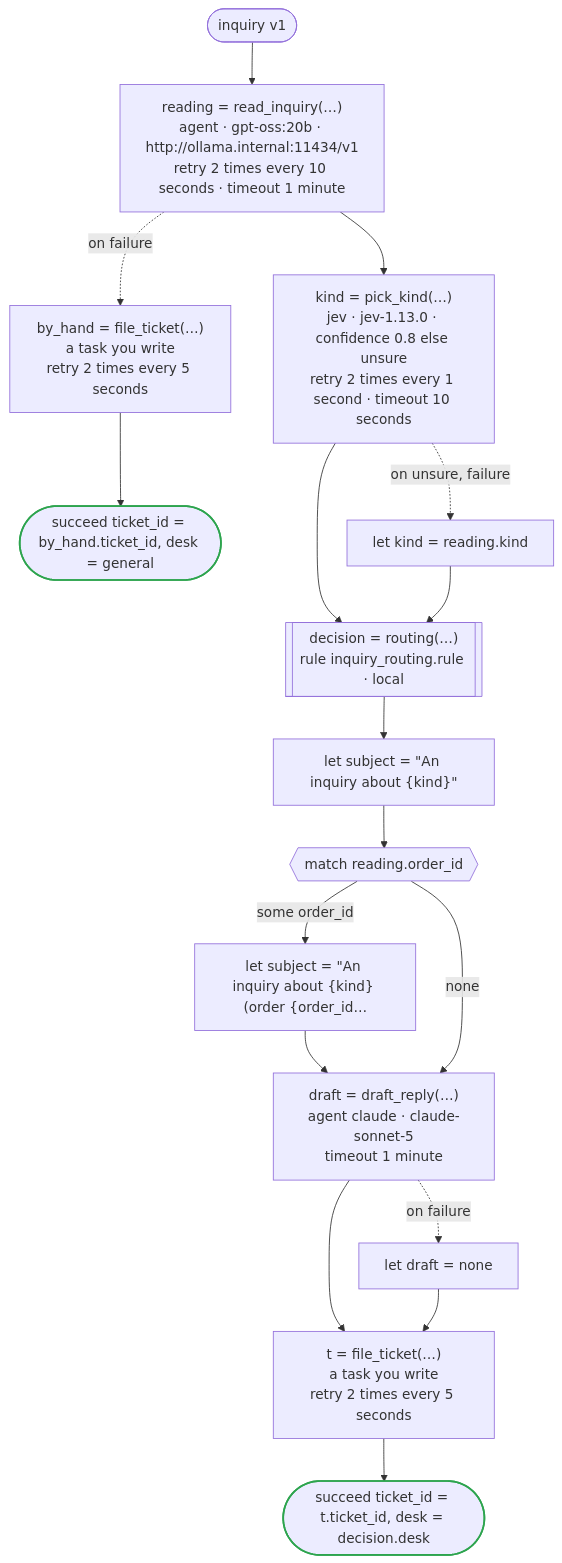
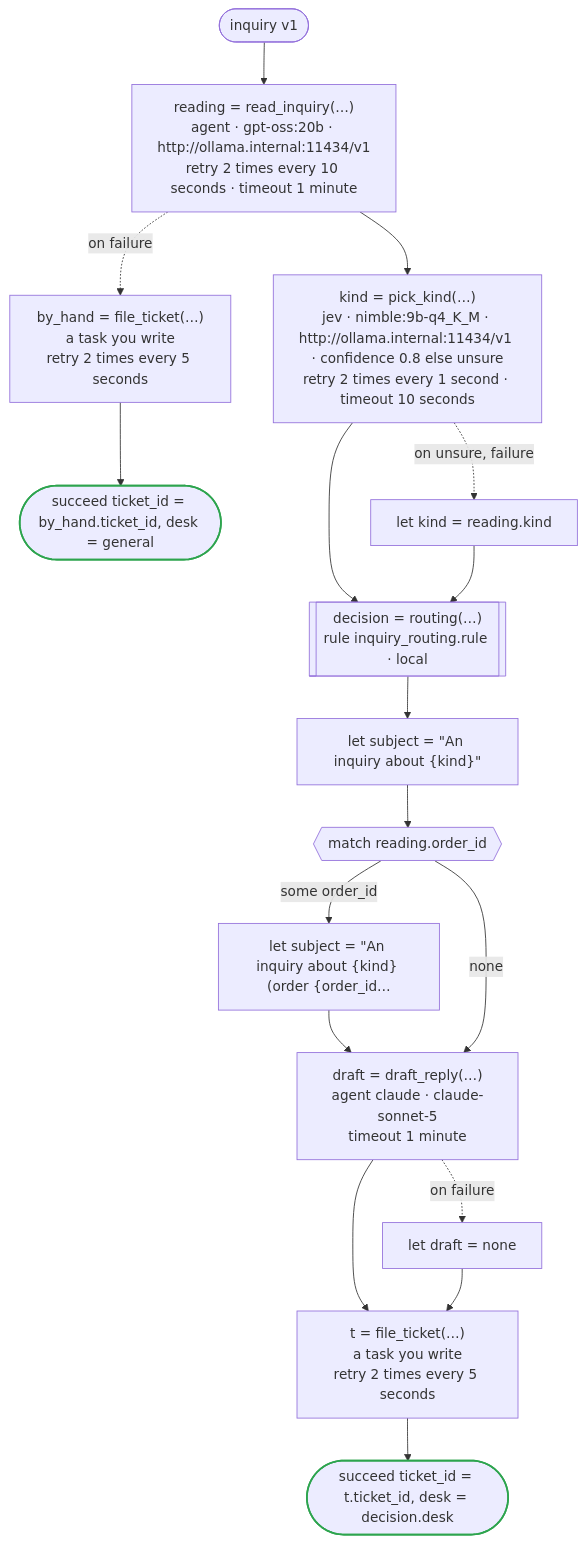
The diagram in crates/dandori/tests/doc/examples-inquiry-temporal-inquiry.en.md (i2y/ritsu), drawn with Mermaid before and after one commit. The commit also changed other lines of this file and 88 other files, not shown here.

````diff
--- a/crates/dandori/tests/doc/examples-inquiry-temporal-inquiry.en.md
+++ b/crates/dandori/tests/doc/examples-inquiry-temporal-inquiry.en.md
@@ -9,36 +9,36 @@
 ```mermaid
 flowchart TD
     start(["inquiry v1"])
     s1["reading = read_inquiry(…)<br>agent · gpt-oss:20b · http://ollama.internal:11434/v1<br>retry 2 times every 10 seconds · timeout 1 minute"]
     s2["by_hand = file_ticket(…)<br>a task you write<br>retry 2 times every 5 seconds"]
     s3(["succeed ticket_id = by_hand.ticket_id, desk = general"])
-    s4["kind = pick_kind(…)<br>jev · jev-1.13.0 · confidence 0.8 else unsure<br>retry 2 times every 1 second · timeout 10 seconds"]
+    s4["kind = pick_kind(…)<br>jev · nimble:9b-q4_K_M · http://ollama.internal:11434/v1 · confidence 0.8 else unsure<br>retry 2 times every 1 second · timeout 10 seconds"]
     s5["let kind = reading.kind"]
     s6[["decision = routing(…)<br>rule inquiry_routing.rule · local"]]
     s7["let subject = #quot;An inquiry about {kind}#quot;"]
     s8{{"match reading.order_id"}}
     s9["let subject = #quot;An inquiry about {kind} (order {order_id…"]
     s11["draft = draft_reply(…)<br>agent claude · claude-sonnet-5<br>timeout 1 minute"]
     s12["let draft = none"]
     s13["t = file_ticket(…)<br>a task you write<br>retry 2 times every 5 seconds"]
     s14(["succeed ticket_id = t.ticket_id, desk = decision.desk"])
     start --> s1
     s1 -.->|"on failure"| s2
     s2 --> s3
     s1 --> s4
     s4 -.->|"on unsure, failure"| s5
     s4 --> s6
     s5 --> s6
     s6 --> s7
     s7 --> s8
     s8 -->|"some order_id"| s9
     s9 --> s11
     s8 -->|"none"| s11
     s11 -.->|"on failure"| s12
     s11 --> s13
     s12 --> s13
     s13 --> s14
     classDef ok stroke:#2da44e,stroke-width:2px
     classDef bad stroke:#cf222e,stroke-width:2px
     class s3,s14 ok
 ```
````
